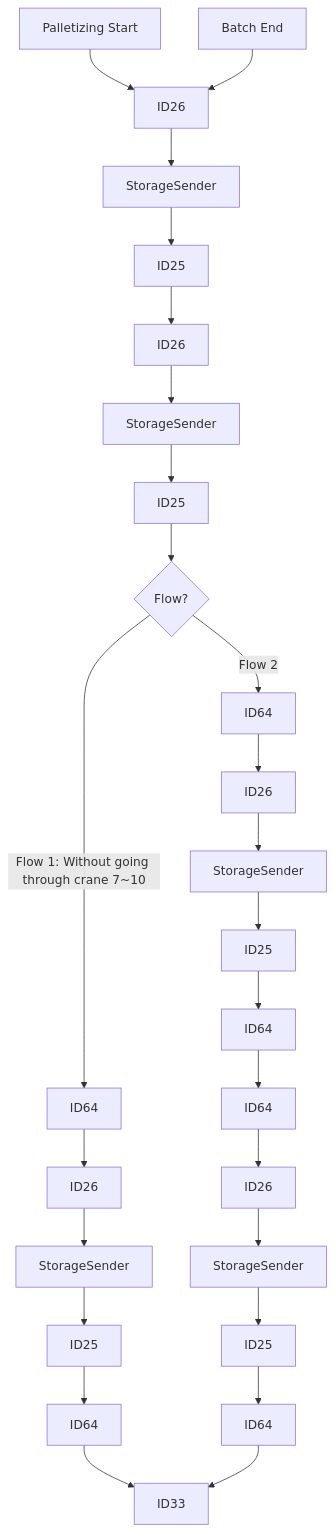
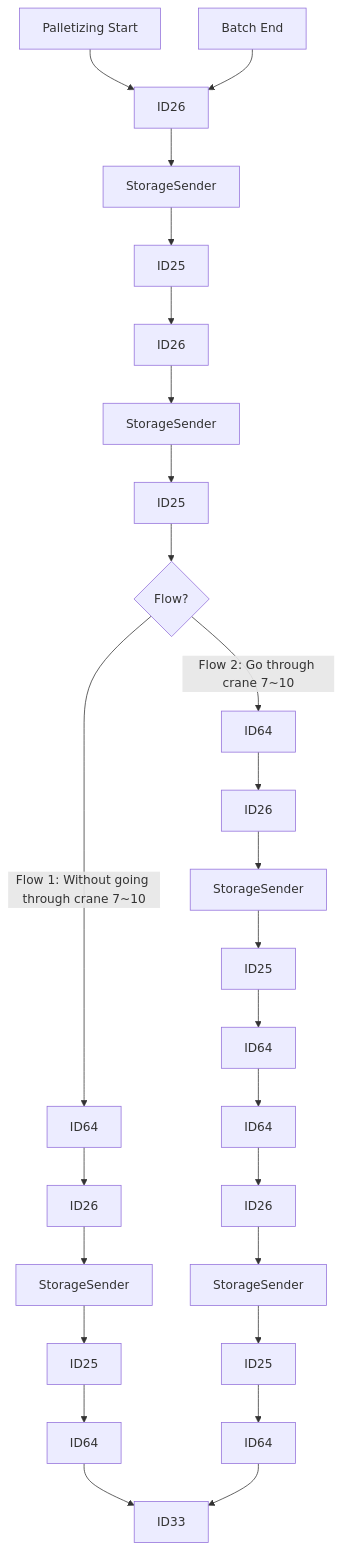
One commit to luthfiadityaa/SimeDarby-Wiki changed the second of 2 diagrams in Basic-Design/DFD-WMS/Storage/Palletizing-Settting.md. Above: the diagram before and after it, drawn with Mermaid.

Commit message:
Updated Palletizing Settting

```diff
--- a/Basic-Design/DFD-WMS/Storage/Palletizing-Settting.md
+++ b/Basic-Design/DFD-WMS/Storage/Palletizing-Settting.md
@@ -40,16 +40,16 @@
 ::: mermaid
 flowchart TD
   
 P1[Palletizing Start]-->P2[ID26]-->P3[StorageSender]-->P4[ID25]
 P4[ID25]-->P5[ID26]-->P6[StorageSender]-->P7[ID25]
 P7[ID25]-->Cond1{Flow?} 
 Cond1 --> |Flow 1: Without going through crane 7~10| P8[ID64]
-Cond1 --> |Flow 2| P9[ID64]
+Cond1 --> |Flow 2: Go through crane 7~10| P9[ID64]
 P8[ID64]-->P10[ID26]-->P11[StorageSender]-->P12[ID25]-->P13[ID64]
 P9[ID64]-->P15[ID26]-->P16[StorageSender]-->P17[ID25]-->P18[ID64]-->P19[ID64]-->P20[ID26]-->P21[StorageSender]-->P22[ID25]-->P23[ID64]
 
 P24[Batch End]-->P2[ID26]
 
 P13[ID64]-->P14[ID33]
 P23[ID64]-->P14[ID33]
 :::
```
